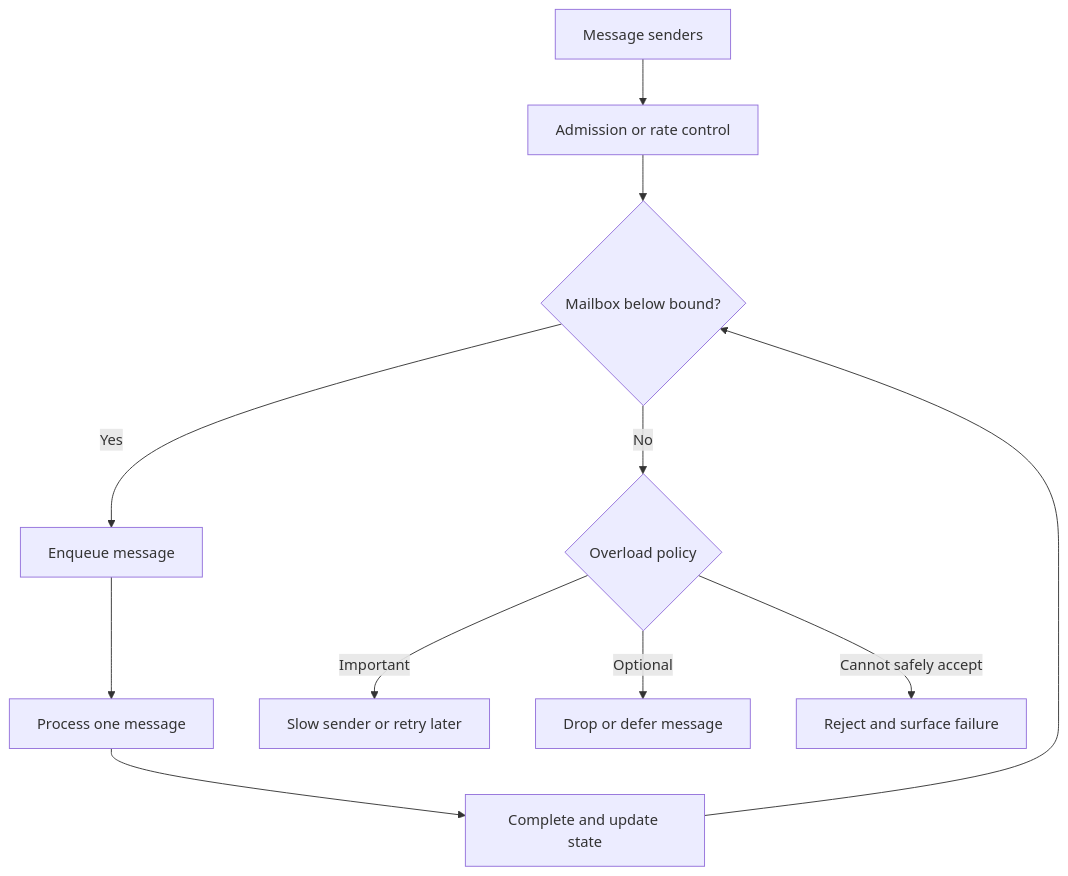
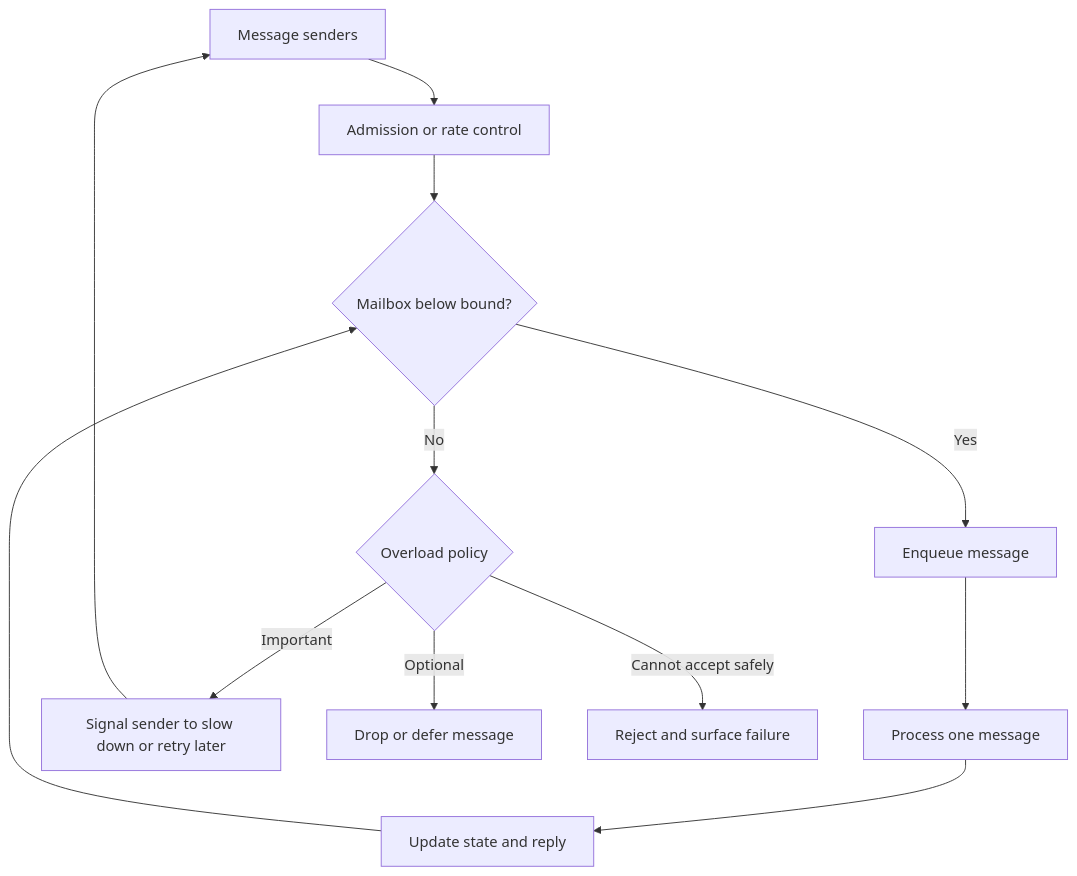
One commit to joydasss/Architect changed the fifth of 13 diagrams in 20_Architecture_Patterns/CH12_Actor_Model.md. Above: the diagram before and after it, drawn with Mermaid. The commit also changed other lines of this file and 295 other files, not shown here.

````diff
--- a/20_Architecture_Patterns/CH12_Actor_Model.md
+++ b/20_Architecture_Patterns/CH12_Actor_Model.md
@@ -66,13 +408,14 @@
 ```mermaid
 flowchart TD
-    Senders[Message senders] --> Admission[Admission or rate control]
-    Admission --> Mailbox{Mailbox below bound?}
-    Mailbox -->|Yes| Queue[Enqueue message]
-    Queue --> Actor[Process one message]
-    Actor --> Complete[Complete and update state]
-    Complete --> Mailbox
-    Mailbox -->|No| Policy{Overload policy}
-    Policy -->|Important| Backpressure[Slow sender or retry later]
-    Policy -->|Optional| Shed[Drop or defer message]
-    Policy -->|Cannot safely accept| Reject[Reject and surface failure]
+    Senders["Message senders"] --> Admission["Admission or rate control"]
+    Admission --> Check{"Mailbox below bound?"}
+    Check -->|"Yes"| Queue["Enqueue message"]
+    Queue --> Actor["Process one message"]
+    Actor --> Done["Update state and reply"]
+    Done --> Check
+    Check -->|"No"| Policy{"Overload policy"}
+    Policy -->|"Important"| Slow["Signal sender to slow down or retry later"]
+    Policy -->|"Optional"| Shed["Drop or defer message"]
+    Policy -->|"Cannot accept safely"| Reject["Reject and surface failure"]
+    Slow --> Senders
 ```
````
